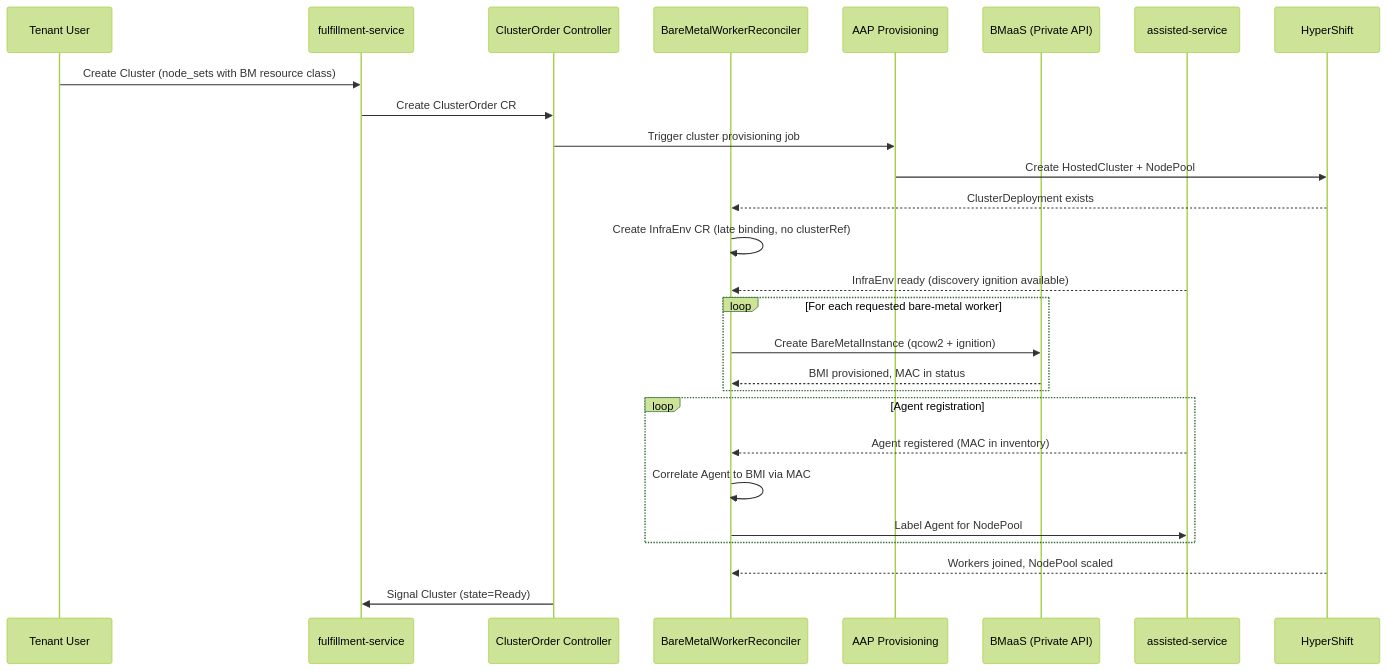
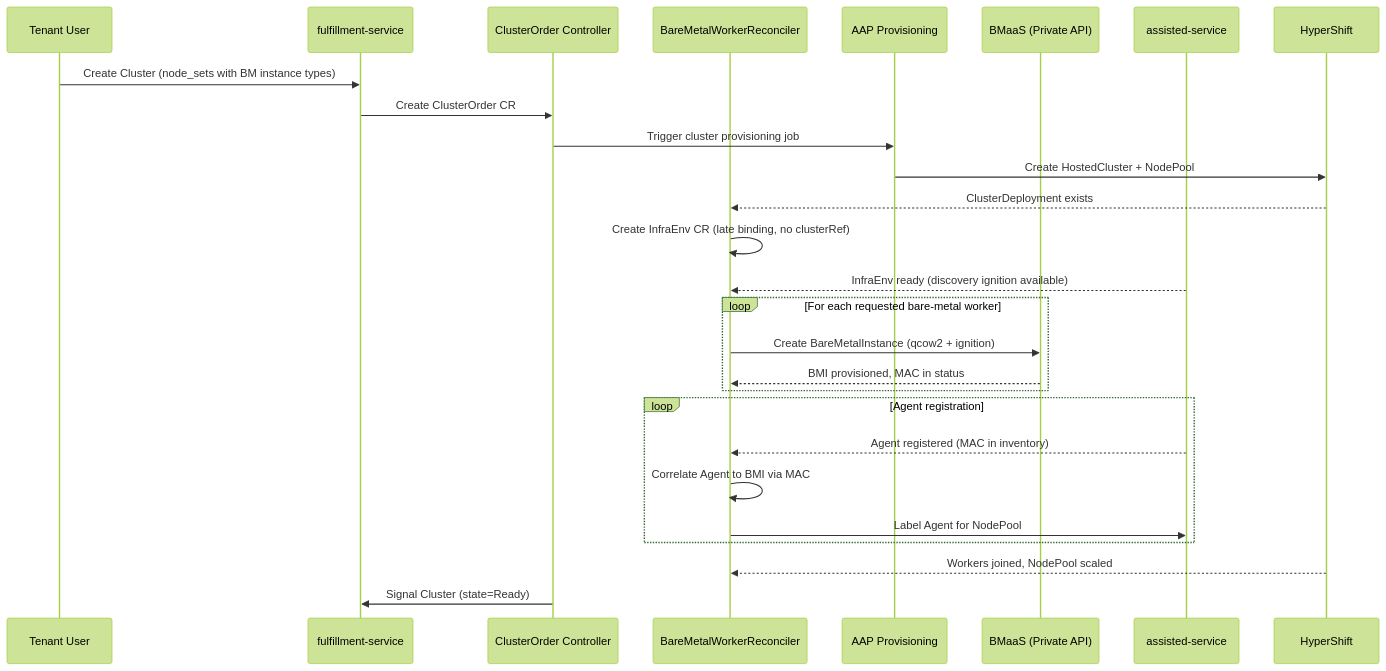
The first of 2 diagrams in enhancements/OSAC-2135-caas-bare-metal-worker-provisioning/design.md (osac-project/enhancement-proposals), drawn with Mermaid (forest theme) before and after one commit. The commit also changed other lines of this file, not shown here.

````diff
--- a/enhancements/OSAC-2135-caas-bare-metal-worker-provisioning/design.md
+++ b/enhancements/OSAC-2135-caas-bare-metal-worker-provisioning/design.md
@@ -176,35 +182,35 @@
 ```mermaid
 sequenceDiagram
     participant T as Tenant User
     participant FS as fulfillment-service
     participant CO as ClusterOrder Controller
     participant BMW as BareMetalWorkerReconciler
     participant AAP as AAP Provisioning
     participant BMaaS as BMaaS (Private API)
     participant AS as assisted-service
     participant HCP as HyperShift
 
-    T->>FS: Create Cluster (node_sets with BM resource class)
+    T->>FS: Create Cluster (node_sets with BM instance types)
     FS->>CO: Create ClusterOrder CR
 
     CO->>AAP: Trigger cluster provisioning job
     AAP->>HCP: Create HostedCluster + NodePool
     HCP-->>BMW: ClusterDeployment exists
 
     BMW->>BMW: Create InfraEnv CR (late binding, no clusterRef)
     AS-->>BMW: InfraEnv ready (discovery ignition available)
 
     loop For each requested bare-metal worker
         BMW->>BMaaS: Create BareMetalInstance (qcow2 + ignition)
         BMaaS-->>BMW: BMI provisioned, MAC in status
     end
 
     loop Agent registration
         AS-->>BMW: Agent registered (MAC in inventory)
         BMW->>BMW: Correlate Agent to BMI via MAC
         BMW->>AS: Label Agent for NodePool
     end
 
     HCP-->>BMW: Workers joined, NodePool scaled
     CO->>FS: Signal Cluster (state=Ready)
 ```
````
